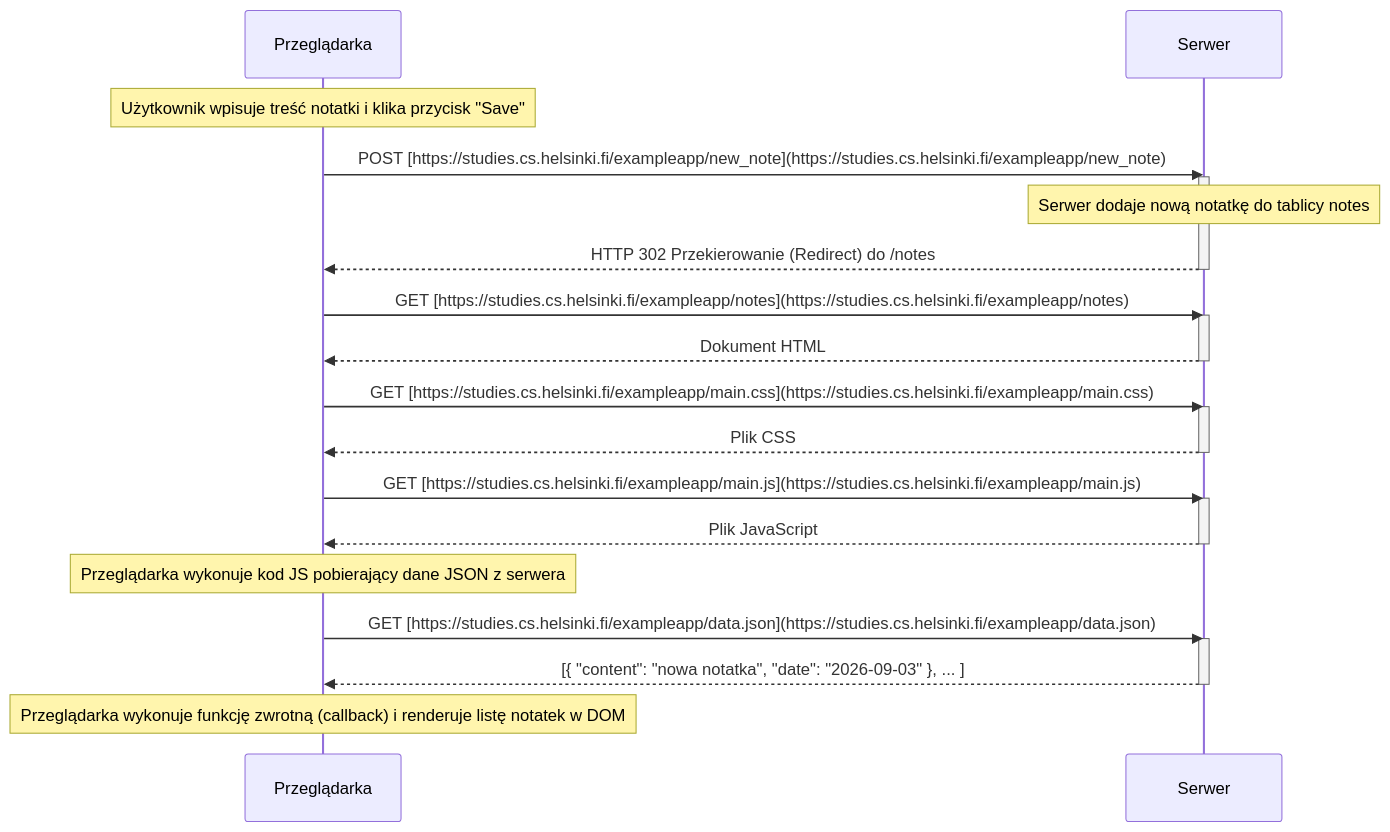
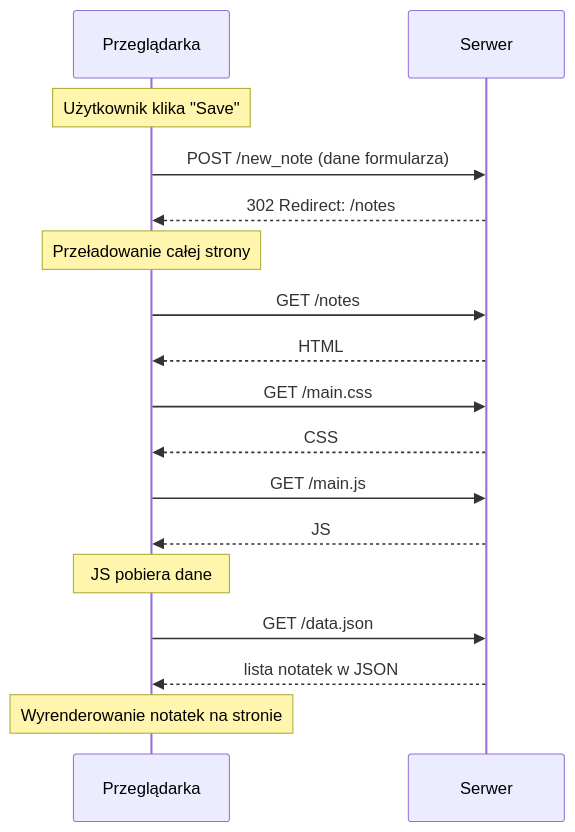
One commit to DenysChad333/fullstackGD changed the diagram in part0/0.4.md. Above: the diagram before and after it, drawn with Mermaid.

````diff
--- a/part0/0.4.md
+++ b/part0/0.4.md
@@ -1,37 +1,25 @@
 ```mermaid
 sequenceDiagram
-    participant browser as Przeglądarka
-    participant server as Serwer
+    participant B as Przeglądarka
+    participant S as Serwer
 
-    Note over browser: Użytkownik wpisuje treść notatki i klika przycisk "Save"
+    Note over B: Użytkownik klika "Save"
+    B->>S: POST /new_note (dane formularza)
+    S-->>B: 302 Redirect: /notes
 
-    browser->>server: POST [https://studies.cs.helsinki.fi/exampleapp/new_note](https://studies.cs.helsinki.fi/exampleapp/new_note)
-    activate server
-    Note over server: Serwer dodaje nową notatkę do tablicy notes
-    server-->>browser: HTTP 302 Przekierowanie (Redirect) do /notes
-    deactivate server
+    Note over B: Przeładowanie całej strony
+    B->>S: GET /notes
+    S-->>B: HTML
 
-    browser->>server: GET [https://studies.cs.helsinki.fi/exampleapp/notes](https://studies.cs.helsinki.fi/exampleapp/notes)
-    activate server
-    server-->>browser: Dokument HTML
-    deactivate server
+    B->>S: GET /main.css
+    S-->>B: CSS
 
-    browser->>server: GET [https://studies.cs.helsinki.fi/exampleapp/main.css](https://studies.cs.helsinki.fi/exampleapp/main.css)
-    activate server
-    server-->>browser: Plik CSS
-    deactivate server
+    B->>S: GET /main.js
+    S-->>B: JS
 
-    browser->>server: GET [https://studies.cs.helsinki.fi/exampleapp/main.js](https://studies.cs.helsinki.fi/exampleapp/main.js)
-    activate server
-    server-->>browser: Plik JavaScript
-    deactivate server
+    Note over B: JS pobiera dane
+    B->>S: GET /data.json
+    S-->>B: lista notatek w JSON
 
-    Note over browser: Przeglądarka wykonuje kod JS pobierający dane JSON z serwera
-
-    browser->>server: GET [https://studies.cs.helsinki.fi/exampleapp/data.json](https://studies.cs.helsinki.fi/exampleapp/data.json)
-    activate server
-    server-->>browser: [{ "content": "nowa notatka", "date": "2026-09-03" }, ... ]
-    deactivate server
-
-    Note over browser: Przeglądarka wykonuje funkcję zwrotną (callback) i renderuje listę notatek w DOM
+    Note over B: Wyrenderowanie notatek na stronie
 ```
````
